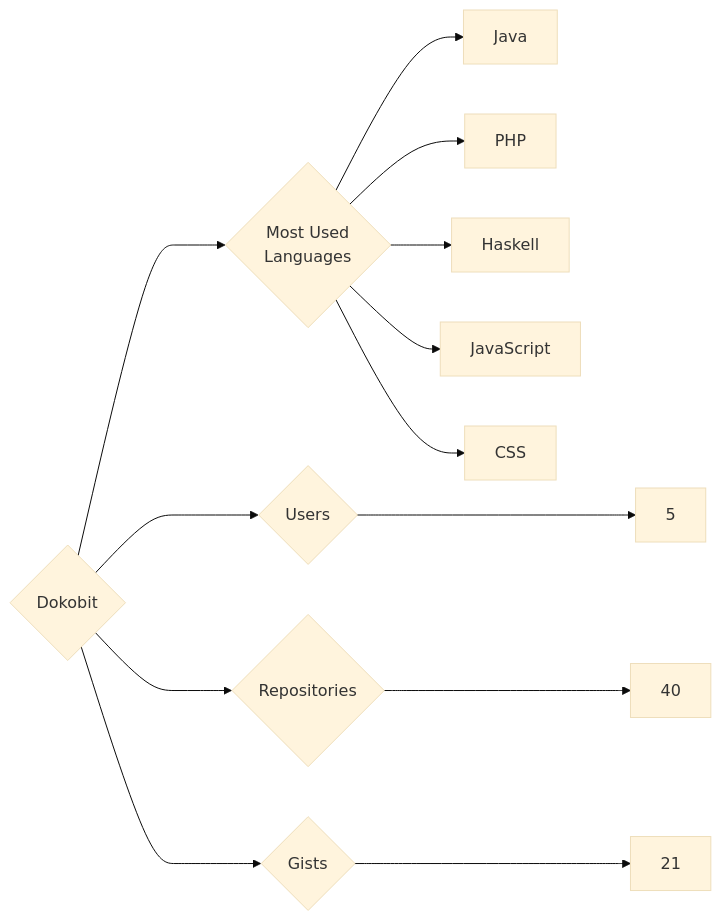
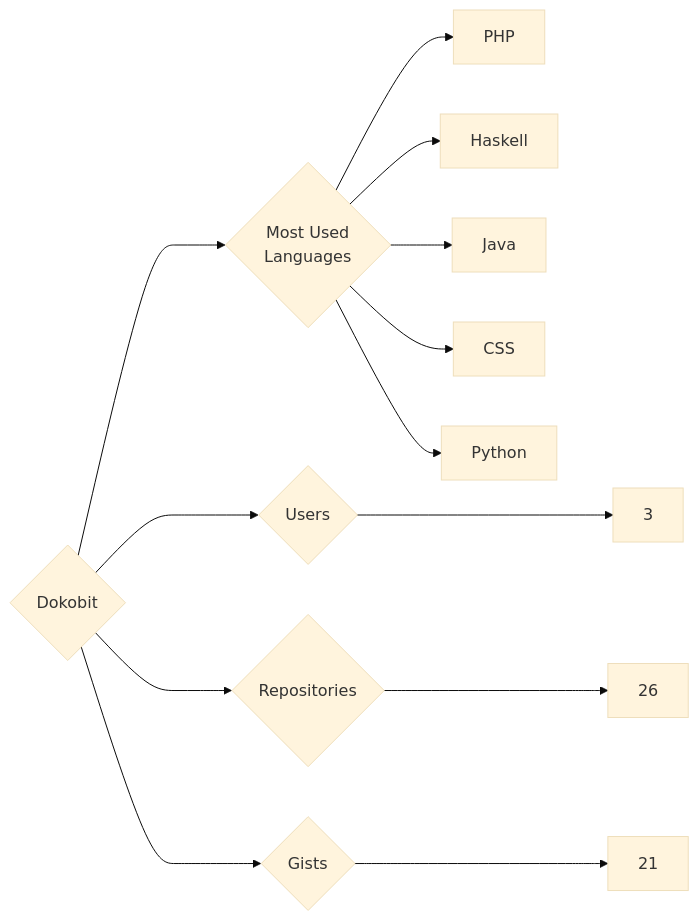
The diagram in targets/Dokobit/README.md (trickest/insiders), drawn with Mermaid (base theme) before and after one commit. The commit also changed 934 other files, not shown here.

````diff
--- a/targets/Dokobit/README.md
+++ b/targets/Dokobit/README.md
@@ -3,13 +3,13 @@
 ```mermaid
 graph LR
 COMPANY_NAME{Dokobit}
-COMPANY_NAME ---> U{Users} ---> UN[5]
-COMPANY_NAME ---> R{Repositories} ---> RN[40]
+COMPANY_NAME ---> U{Users} ---> UN[3]
+COMPANY_NAME ---> R{Repositories} ---> RN[26]
 COMPANY_NAME ---> G{Gists} ---> GN[21]
 COMPANY_NAME ---> ML{Most Used<br>Languages}
-ML --> Java[Java]
 ML --> PHP[PHP]
 ML --> Haskell[Haskell]
-ML --> JavaScript[JavaScript]
+ML --> Java[Java]
 ML --> CSS[CSS]
+ML --> Python[Python]
 ```
````
